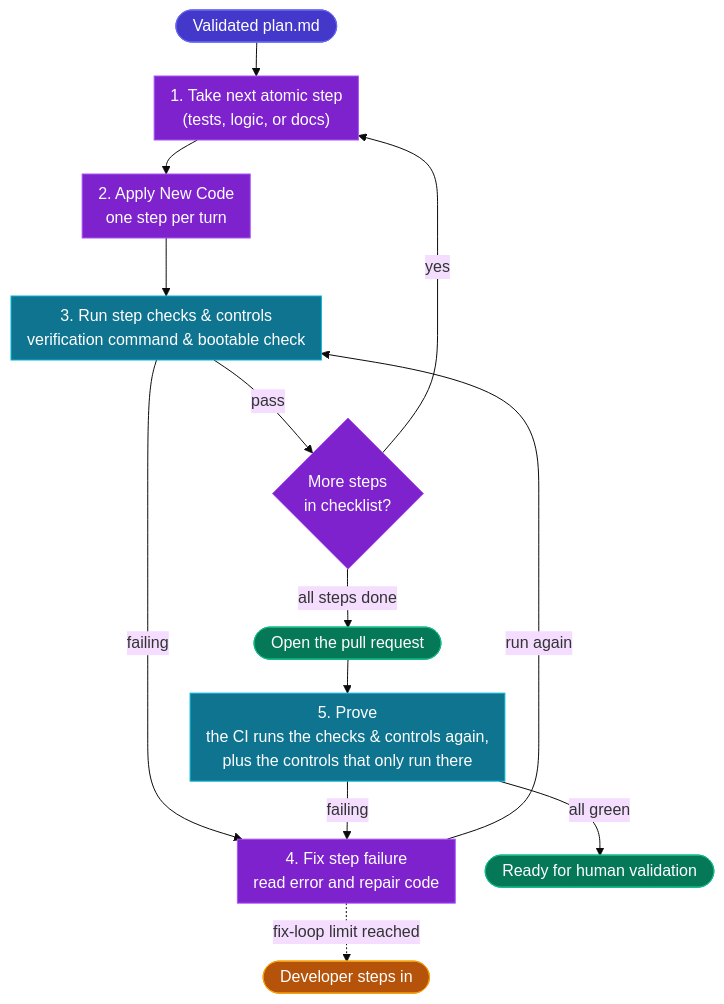
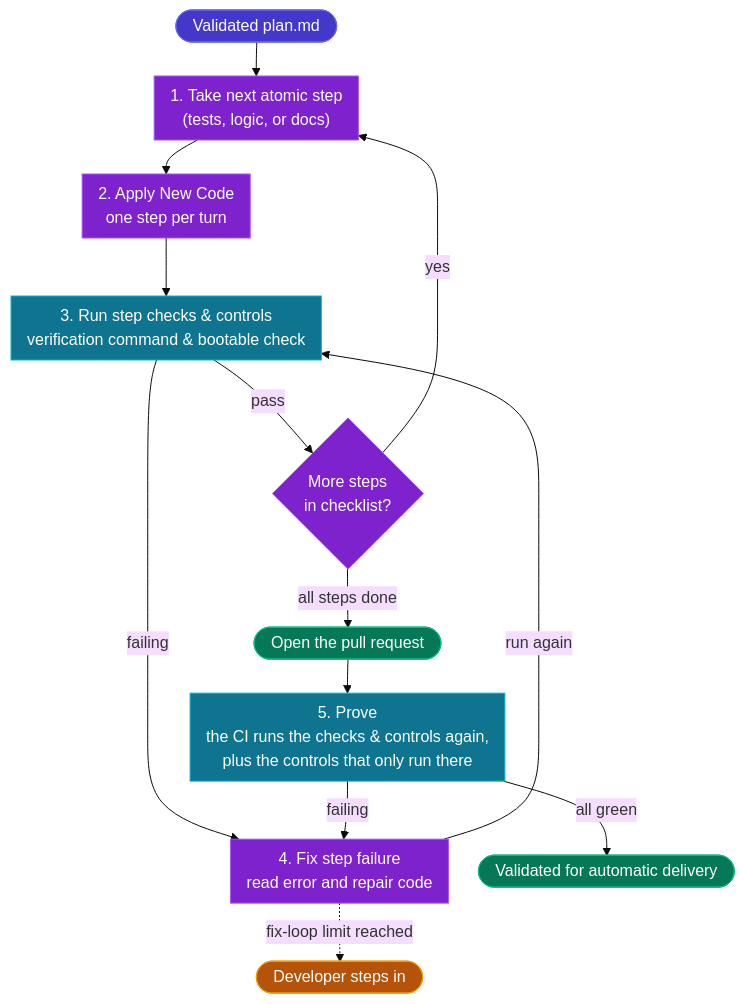
The diagram in website/docs/guide/stage-code.md (ALTEN-group/agentic-software-factory), drawn with Mermaid (base theme) before and after one commit. The commit also changed other lines of this file and 44 other files, not shown here.

````diff
--- a/website/docs/guide/stage-code.md
+++ b/website/docs/guide/stage-code.md
@@ -23,45 +22,45 @@
 ```mermaid
 ---
 caption: Fast autonomous Code loop, atomic step-by-step execution until green
 config:
   flowchart:
     padding: 8
     wrappingWidth: 320
     nodeSpacing: 30
     rankSpacing: 34
 ---
 flowchart TB
   PLAN(["&nbsp;&nbsp;Validated plan.md&nbsp;&nbsp;"])
   STEP["1. Take next atomic step<br/>(tests, logic, or docs)"]
   GEN["2. Apply New Code<br/>one step per turn"]
   CHECK["3. Run step checks & controls<br/>verification command & bootable check"]
   FIX["4. Fix step failure<br/>read error and repair code"]
   MORE{"More steps<br/>in checklist?"}
   PR(["&nbsp;&nbsp;Open the pull request&nbsp;&nbsp;"])
   PROVE["5. Prove<br/>the CI runs the checks & controls again,<br/>plus the controls that only run there"]
-  READY(["&nbsp;&nbsp;Ready for human validation&nbsp;&nbsp;"])
+  READY(["&nbsp;&nbsp;Validated for automatic delivery&nbsp;&nbsp;"])
   DEV(["&nbsp;&nbsp;Developer steps in&nbsp;&nbsp;"])
 
   PLAN --> STEP --> GEN --> CHECK
   CHECK -->|"pass"| MORE
   CHECK -->|"failing"| FIX
   FIX -->|"run again"| CHECK
   FIX -.->|"fix-loop limit reached"| DEV
   MORE -->|"yes"| STEP
   MORE -->|"all steps done"| PR
   PR --> PROVE
   PROVE -->|"all green"| READY
   PROVE -->|"failing"| FIX
 
   classDef loop fill:#7e22ce,stroke:#a855f7,color:#ffffff
   classDef prove fill:#0e7490,stroke:#06b6d4,color:#ffffff
   classDef done fill:#047857,stroke:#10b981,color:#ffffff
   classDef start fill:#4338ca,stroke:#6366f1,color:#ffffff
   classDef human fill:#b45309,stroke:#f59e0b,color:#ffffff
   class STEP,GEN,FIX loop
   class CHECK,PROVE prove
   class PR,READY done
   class PLAN start
   class DEV human
   class MORE loop
 ```
````
